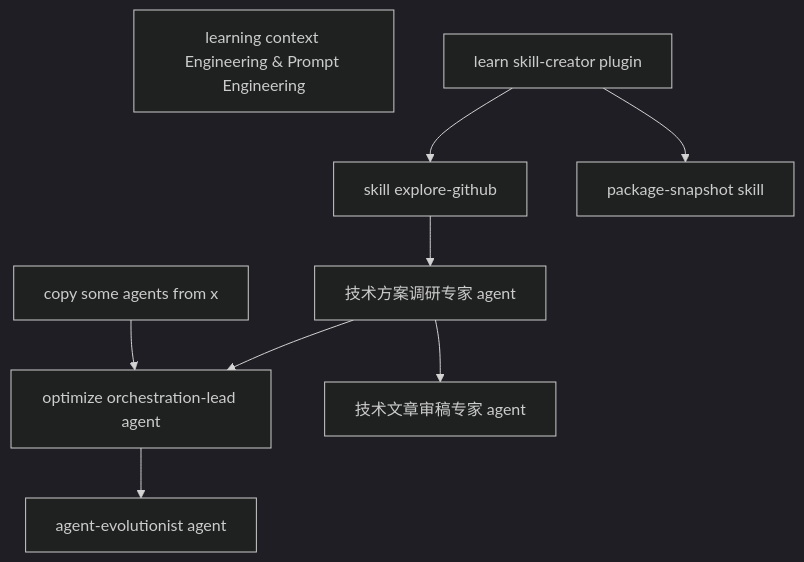
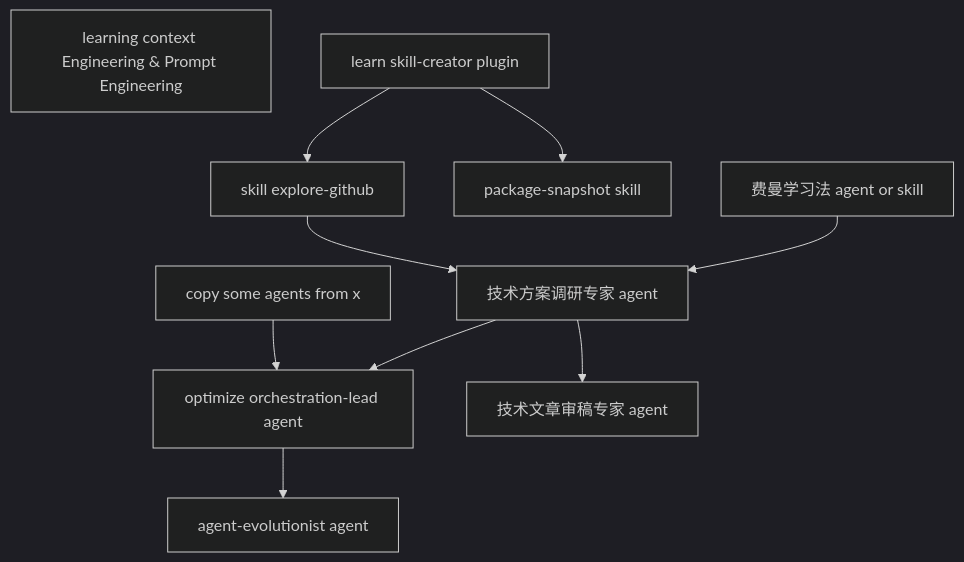
The diagram in todos.md (YMoose/my-claude-sidekick), drawn with Mermaid (dark theme) before and after one commit. The commit also changed other lines of this file, not shown here.

````diff
--- a/todos.md
+++ b/todos.md
@@ -69,20 +74,22 @@
 ```mermaid
 flowchart TD
     20260225_0["copy some agents from x"]
     20260225_1["optimize orchestration-lead agent"]
     20260225_2["agent-evolutionist agent"]
     20260225_3["skill explore-github"]
     20260225_4["技术方案调研专家 agent"]
     20260225_5["技术文章审稿专家 agent"]
     20260226_6["learning context Engineering & Prompt Engineering"]
     20260301_7["package-snapshot skill"]
     20260311_8["learn skill-creator plugin"]
+    20260312_9["费曼学习法 agent or skill"]
 
     20260225_0 --> 20260225_1
     20260225_1 --> 20260225_2
     20260225_4 --> 20260225_1
     20260225_3 --> 20260225_4
     20260225_4 --> 20260225_5
+    20260312_9 --> 20260225_4
     20260311_8 --> 20260225_3
     20260311_8 --> 20260301_7
 ```
````
